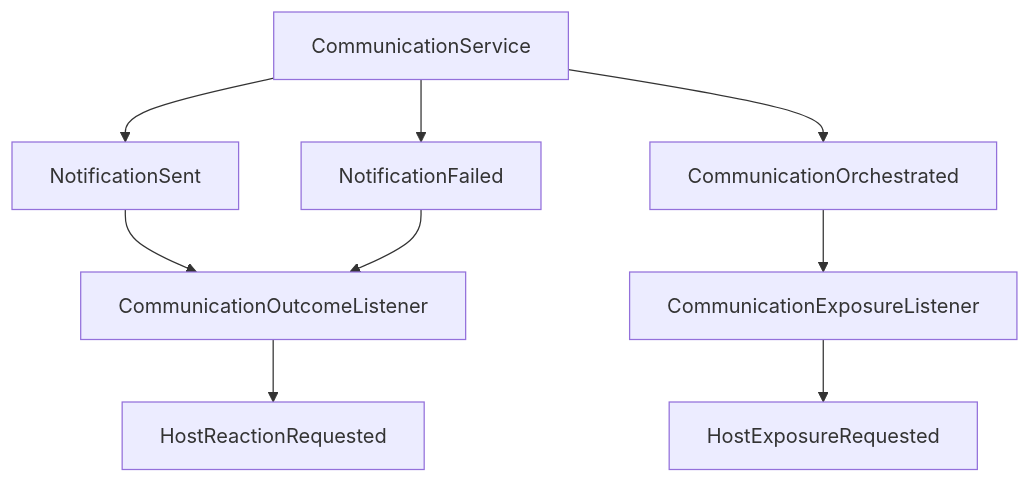
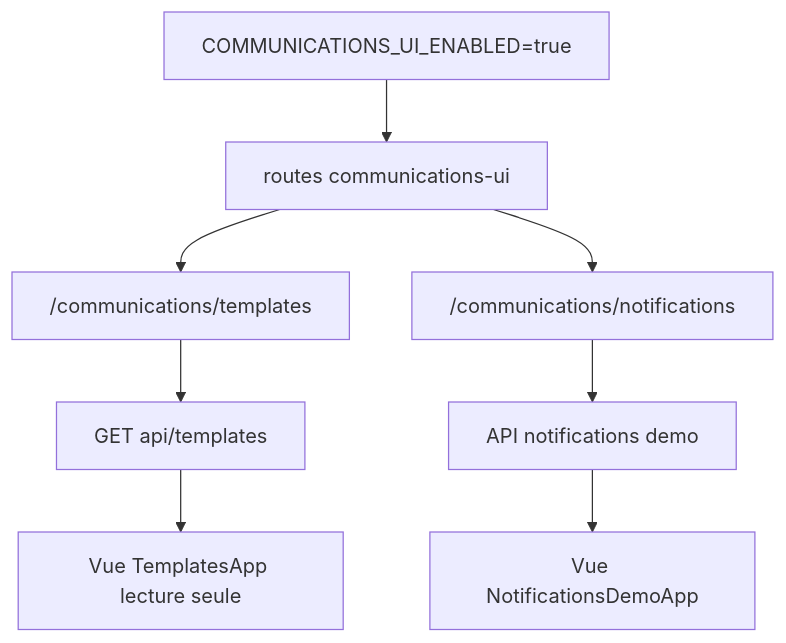
The fifth of 7 diagrams in docs/DIAGRAMS.md (Alex-Saba/notificationmanager), drawn with Mermaid before and after one commit. The commit also changed other lines of this file and 5 other files, not shown here.

````diff
--- a/docs/DIAGRAMS.md
+++ b/docs/DIAGRAMS.md
@@ -92,13 +91,10 @@
 ```mermaid
 flowchart TD
-    A["CommunicationService"] --> B["NotificationSent"]
-    A --> C["NotificationFailed"]
-    A --> D["CommunicationOrchestrated"]
-
-    B --> F["CommunicationOutcomeListener"]
-    C --> F
-    D --> G["CommunicationExposureListener"]
-
-    F --> H["HostReactionRequested"]
-    G --> I["HostExposureRequested"]
+    A["COMMUNICATIONS_UI_ENABLED=true"] --> B["routes communications-ui"]
+    B --> C["/communications/templates"]
+    B --> D["/communications/notifications"]
+    C --> E["GET api/templates"]
+    D --> F["API notifications demo"]
+    E --> G["Vue TemplatesApp lecture seule"]
+    F --> H["Vue NotificationsDemoApp"]
 ```
````
